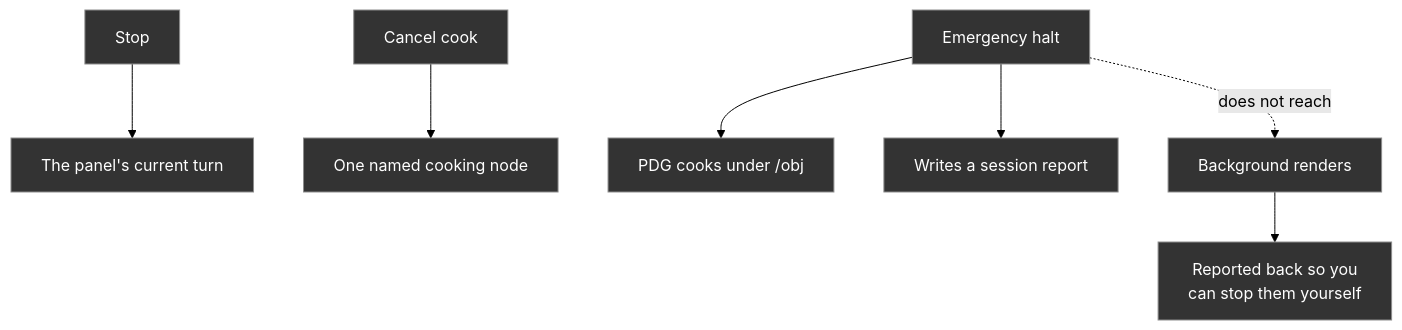
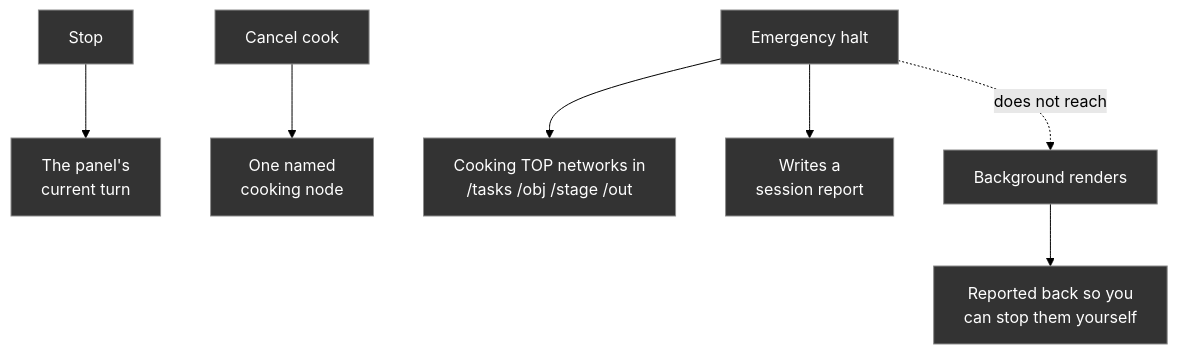
One commit to JosephOIbrahim/Synapse changed the second of 3 diagrams in README.md. Above: the diagram before and after it, drawn with Mermaid (forest theme). The commit also changed other lines of this file and 2 other files, not shown here.

````diff
--- a/README.md
+++ b/README.md
@@ -91,11 +93,11 @@
 ```mermaid
 flowchart TB
-    S["Stop"] --> S1["The panel's current turn"]
-    C["Cancel cook"] --> C1["One named cooking node"]
-    H["Emergency halt"] --> H1["PDG cooks under /obj"]
-    H --> H2["Writes a session report"]
+    S["Stop"] --> S1["The panel's<br/>current turn"]
+    C["Cancel cook"] --> C1["One named<br/>cooking node"]
+    H["Emergency halt"] --> H1["Cooking TOP networks in<br/>/tasks /obj /stage /out"]
+    H --> H2["Writes a<br/>session report"]
     H -.->|"does not reach"| R["Background renders"]
     R --> R1["Reported back so you<br/>can stop them yourself"]
     classDef dark fill:#333333,stroke:#8C8C8C,stroke-width:1px,color:#FFFFFF
     class S,S1,C,C1,H,H1,H2,R,R1 dark
 ```
````
